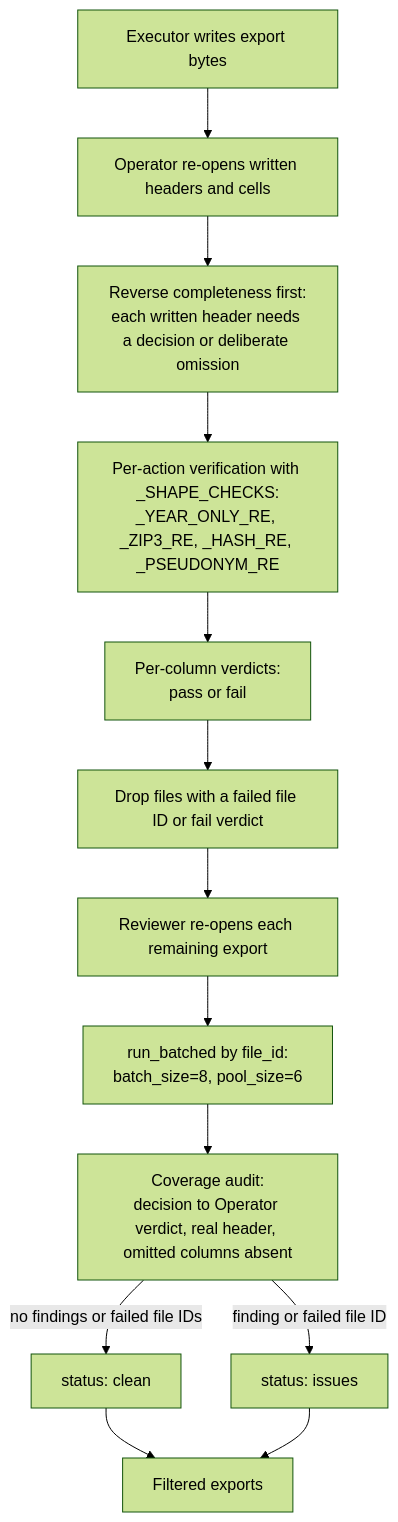
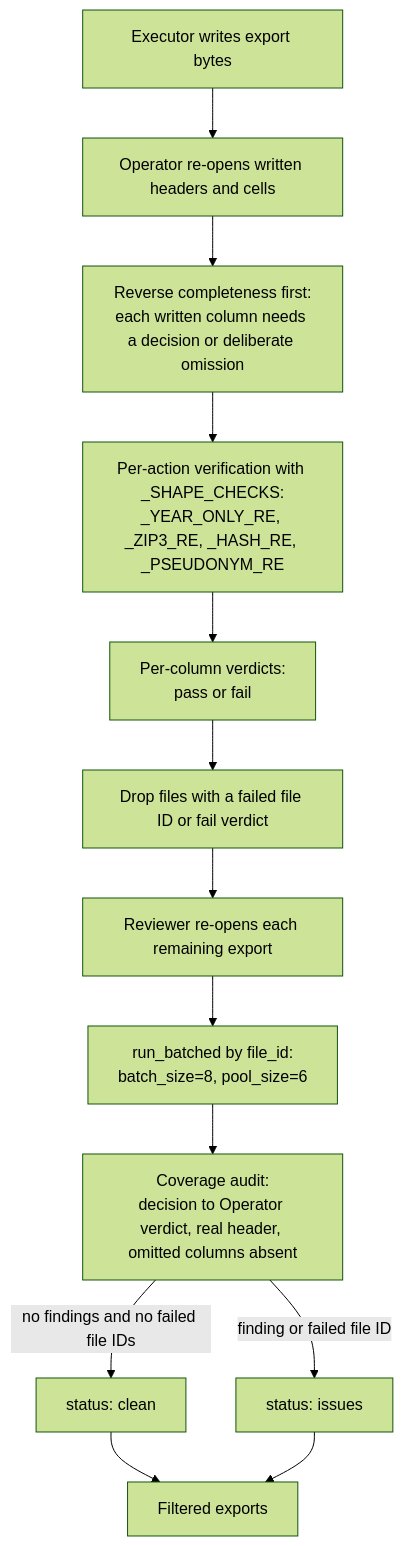
One commit to solomonsjoseph/PHI-Handling-system changed the fifth of 5 diagrams in docs/AGENT_ARCHITECTURE.md. Above: the diagram before and after it, drawn with Mermaid (forest theme). The commit also changed other lines of this file, not shown here.

Commit message:
docs: clarify audit clean outcome

````diff
--- a/docs/AGENT_ARCHITECTURE.md
+++ b/docs/AGENT_ARCHITECTURE.md
@@ -408,15 +408,15 @@
 ```mermaid
 flowchart TB
     Executor["Executor writes export bytes"] --> OperatorRead["Operator re-opens written headers and cells"]
-    OperatorRead --> Completeness["Reverse completeness first:<br/>each written header needs a decision or deliberate omission"]
+    OperatorRead --> Completeness["Reverse completeness first:<br/>each written column needs a decision or deliberate omission"]
     Completeness --> ShapeChecks["Per-action verification with _SHAPE_CHECKS:<br/>_YEAR_ONLY_RE, _ZIP3_RE, _HASH_RE, _PSEUDONYM_RE"]
     ShapeChecks --> Verdicts["Per-column verdicts:<br/>pass or fail"]
     Verdicts --> OperatorFilter["Drop files with a failed file ID or fail verdict"]
     OperatorFilter --> ReviewerRead["Reviewer re-opens each remaining export"]
     ReviewerRead --> Batches["run_batched by file_id:<br/>batch_size=8, pool_size=6"]
     Batches --> Coverage["Coverage audit:<br/>decision to Operator verdict, real header, omitted columns absent"]
-    Coverage -->|no findings or failed file IDs| Clean["status: clean"]
+    Coverage -->|no findings and no failed file IDs| Clean["status: clean"]
     Coverage -->|finding or failed file ID| Issues["status: issues"]
     Clean --> Filtered["Filtered exports"]
     Issues --> Filtered
 ```
````
